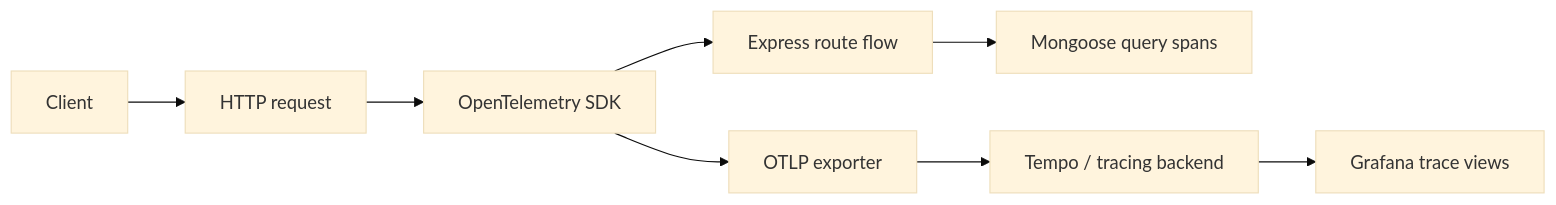
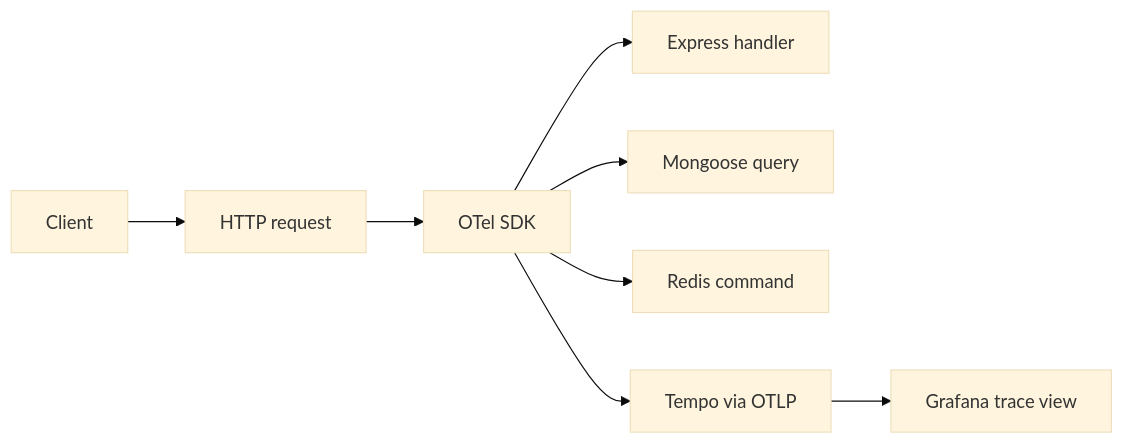
One commit to Guebbit/boilerplate-node-backend changed the diagram in docs/tools/opentelemetry.md. Above: the diagram before and after it, drawn with Mermaid (base theme). The commit also changed other lines of this file and 11 other files, not shown here.

First line of the commit message:
Rewrite observability docs for Tempo + OTel + Grafana stack

````diff
--- a/docs/tools/opentelemetry.md
+++ b/docs/tools/opentelemetry.md
@@ -10,10 +34,10 @@
 ```mermaid
 flowchart LR
     Client --> HTTP[HTTP request]
-    HTTP --> OTel[OpenTelemetry SDK]
-    OTel --> Express[Express route flow]
-    Express --> DB[Mongoose query spans]
-    OTel --> Export[OTLP exporter]
-    Export --> Tempo[Tempo / tracing backend]
-    Tempo --> Grafana[Grafana trace views]
+    HTTP --> SDK[OTel SDK]
+    SDK --> Express[Express handler]
+    SDK --> DB[Mongoose query]
+    SDK --> Redis[Redis command]
+    SDK --> Tempo[Tempo via OTLP]
+    Tempo --> Grafana[Grafana trace view]
 ```
````
